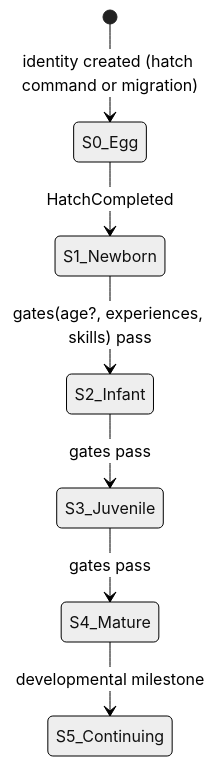
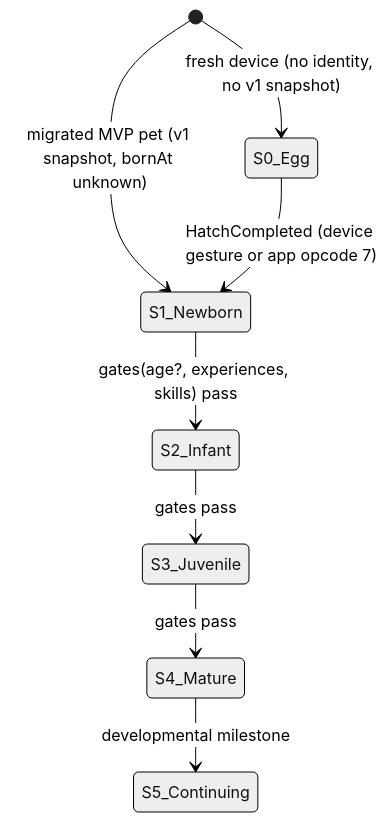
The second of 2 diagrams in docs/architecture/XUNA_IMPLEMENTATION_PLAN.md (xthao28/xuna_pet), drawn with Mermaid (neutral theme) before and after one commit. The commit also changed other lines of this file and 6 other files, not shown here.

````diff
--- a/docs/architecture/XUNA_IMPLEMENTATION_PLAN.md
+++ b/docs/architecture/XUNA_IMPLEMENTATION_PLAN.md
@@ -986,9 +1015,10 @@
 ```mermaid
 stateDiagram-v2
-  [*] --> S0_Egg: identity created (hatch command or migration)
-  S0_Egg --> S1_Newborn: HatchCompleted
+  [*] --> S0_Egg: fresh device (no identity, no v1 snapshot)
+  [*] --> S1_Newborn: migrated MVP pet (v1 snapshot, bornAt unknown)
+  S0_Egg --> S1_Newborn: HatchCompleted (device gesture or app opcode 7)
   S1_Newborn --> S2_Infant: gates(age?, experiences, skills) pass
   S2_Infant --> S3_Juvenile: gates pass
   S3_Juvenile --> S4_Mature: gates pass
   S4_Mature --> S5_Continuing: developmental milestone
 ```
````
